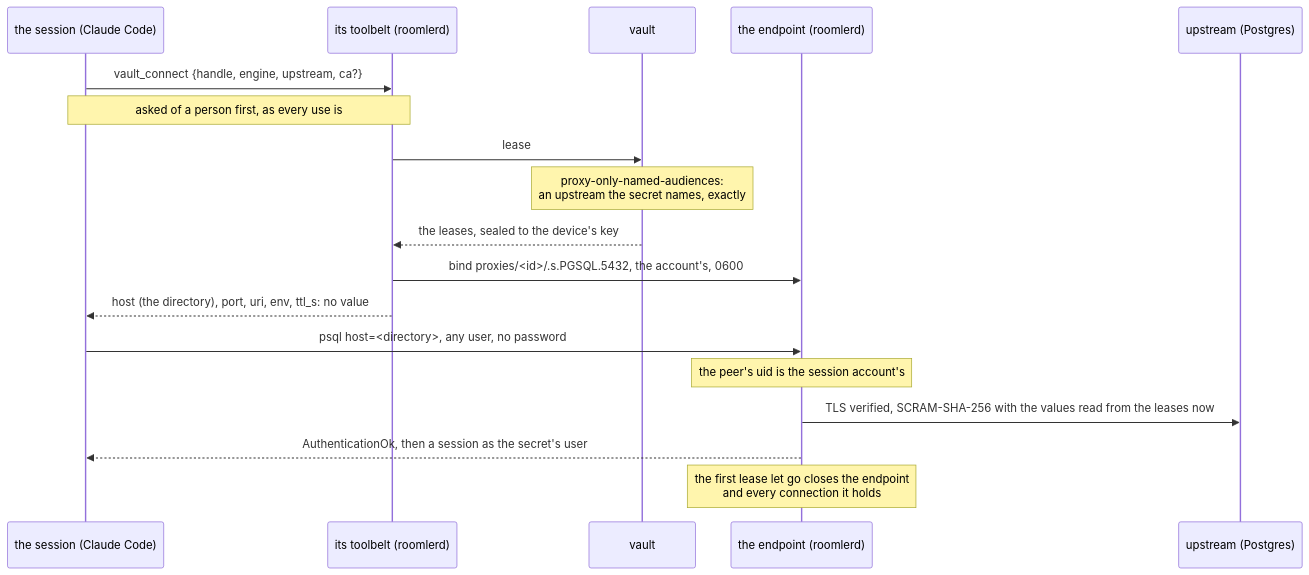
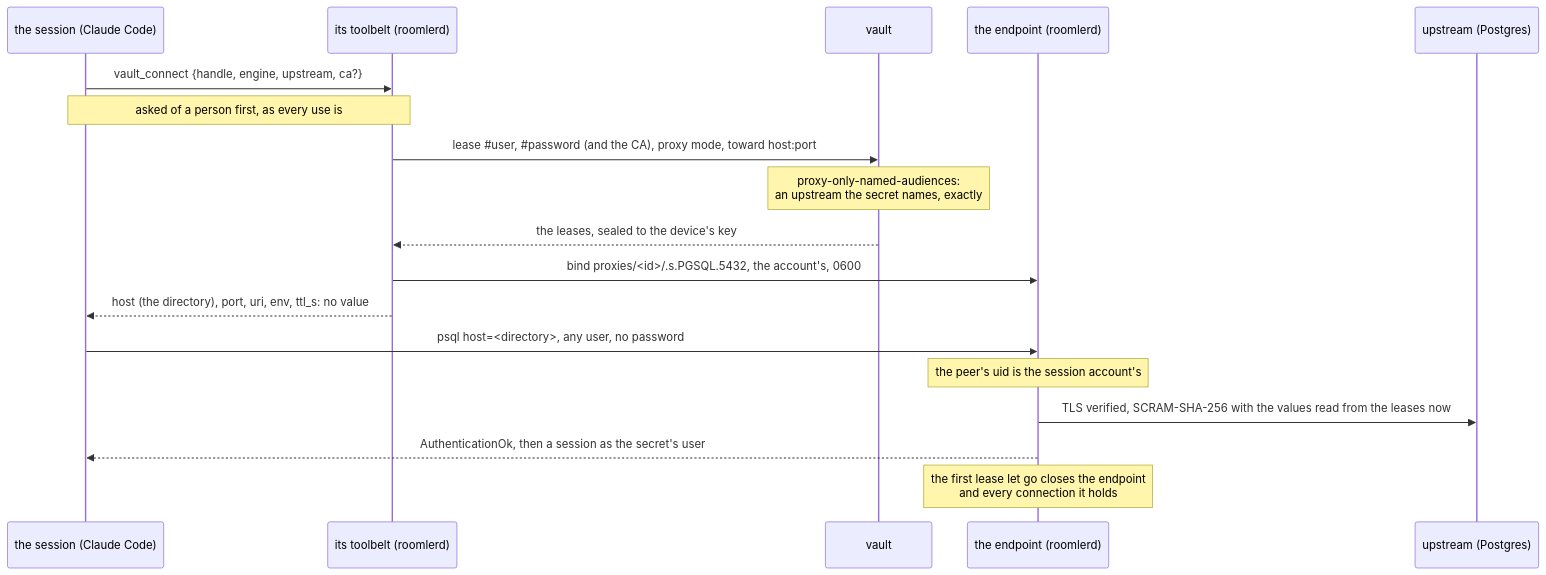
Before and after one commit to gjovanov/roomler-ai: diagram 18 of 28 in docs/vault.md, drawn with Mermaid. The commit also changed other lines of this file and 25 other files, not shown here.

````diff
--- a/docs/vault.md
+++ b/docs/vault.md
@@ -1481,20 +1481,20 @@
 ```mermaid
 sequenceDiagram
     participant M as the session (Claude Code)
     participant T as its toolbelt (roomlerd)
     participant V as vault
     participant E as the endpoint (roomlerd)
     participant U as upstream (Postgres)
     M->>T: vault_connect {handle, engine, upstream, ca?}
     Note over M,T: asked of a person first, as every use is
-    T->>V: lease #user, #password (and the CA), proxy mode, toward host:port
+    T->>V: lease #35;user, #35;password (and the CA), proxy mode, toward host:port
     Note over V: proxy-only-named-audiences:<br/>an upstream the secret names, exactly
     V-->>T: the leases, sealed to the device's key
     T->>E: bind proxies/<id>/.s.PGSQL.5432, the account's, 0600
     T-->>M: host (the directory), port, uri, env, ttl_s: no value
     M->>E: psql host=<directory>, any user, no password
     Note over E: the peer's uid is the session account's
     E->>U: TLS verified, SCRAM-SHA-256 with the values read from the leases now
     E-->>M: AuthenticationOk, then a session as the secret's user
     Note over E: the first lease let go closes the endpoint<br/>and every connection it holds
 ```
````
